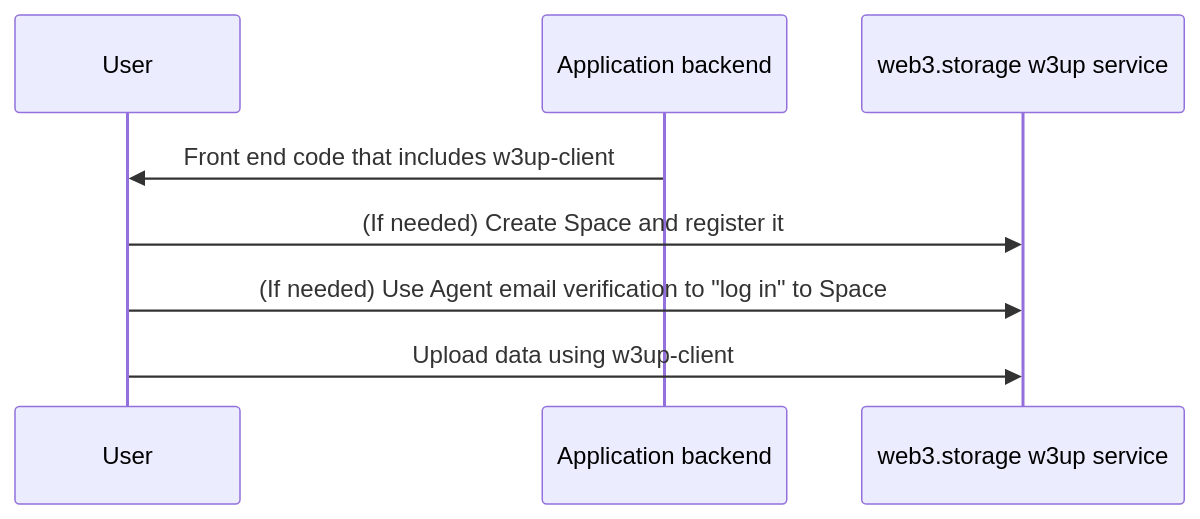
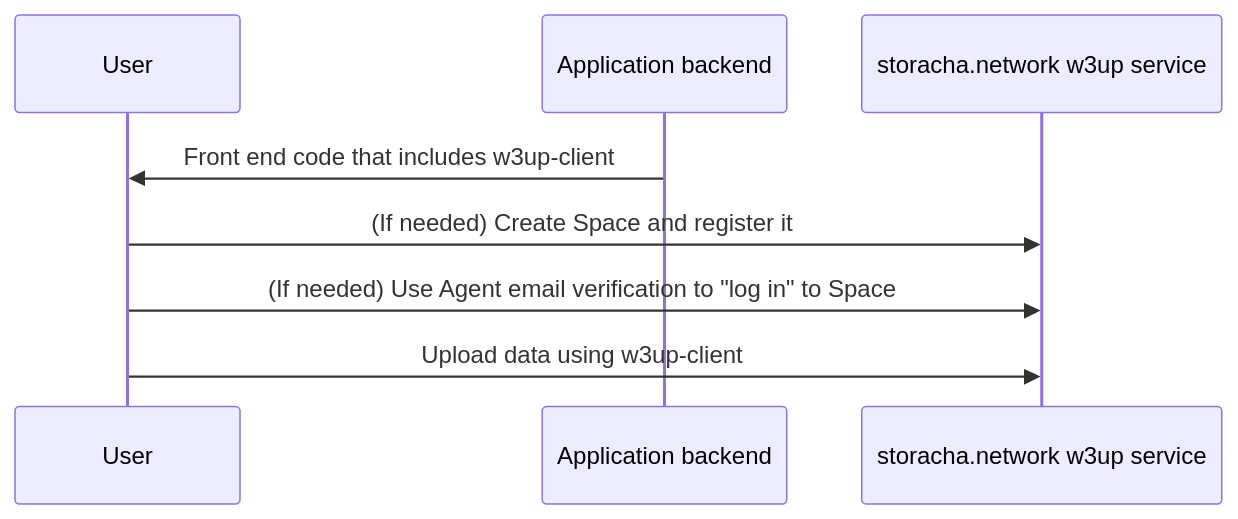
The fifth of 5 diagrams in packages/w3up-client/README.md (storacha/w3up), drawn with Mermaid before and after one commit. The commit also changed other lines of this file and 256 other files, not shown here.

````diff
--- a/packages/w3up-client/README.md
+++ b/packages/w3up-client/README.md
@@ -360,10 +360,10 @@
 ```mermaid
 sequenceDiagram
     participant User
     participant Application backend
-    participant web3.storage w3up service
+    participant storacha.network w3up service
     Application backend->>User: Front end code that includes w3up-client
-    User->>web3.storage w3up service: (If needed) Create Space and register it
-    User->>web3.storage w3up service: (If needed) Use Agent email verification to "log in" to Space
-    User->>web3.storage w3up service: Upload data using w3up-client
+    User->>storacha.network w3up service: (If needed) Create Space and register it
+    User->>storacha.network w3up service: (If needed) Use Agent email verification to "log in" to Space
+    User->>storacha.network w3up service: Upload data using w3up-client
 ```
````
